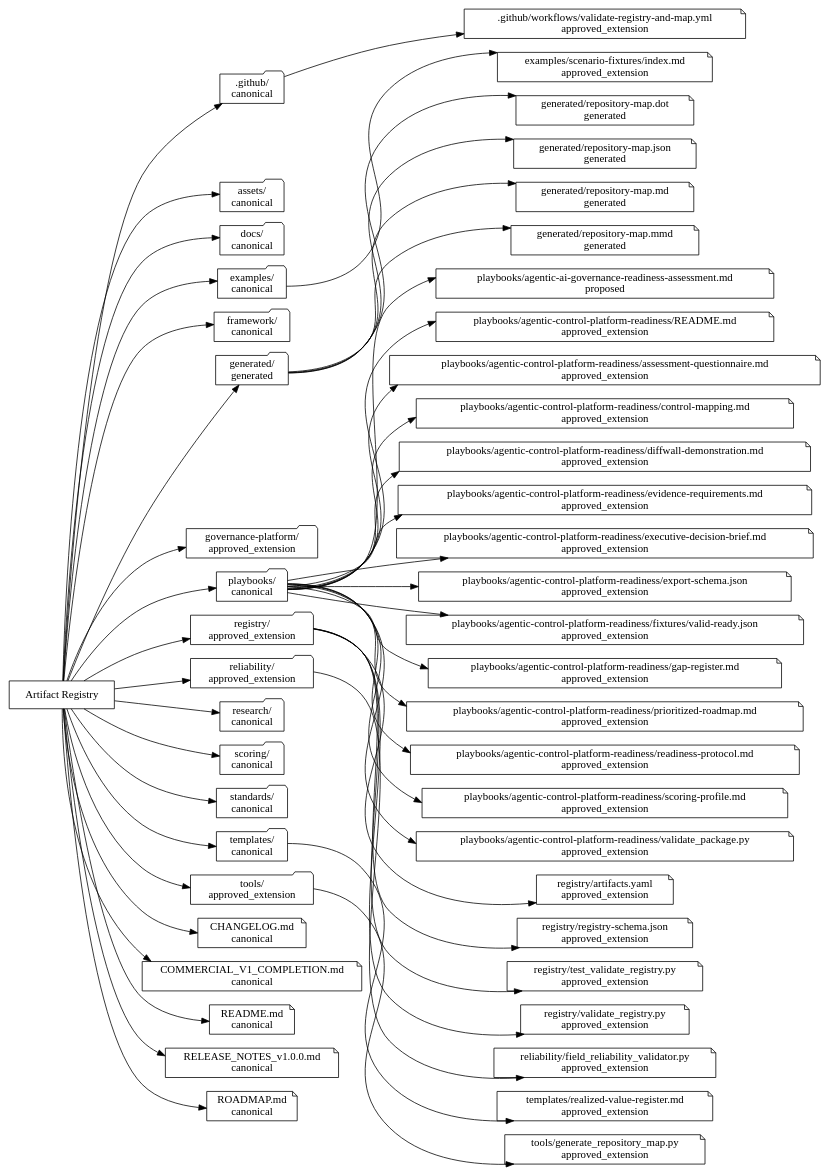
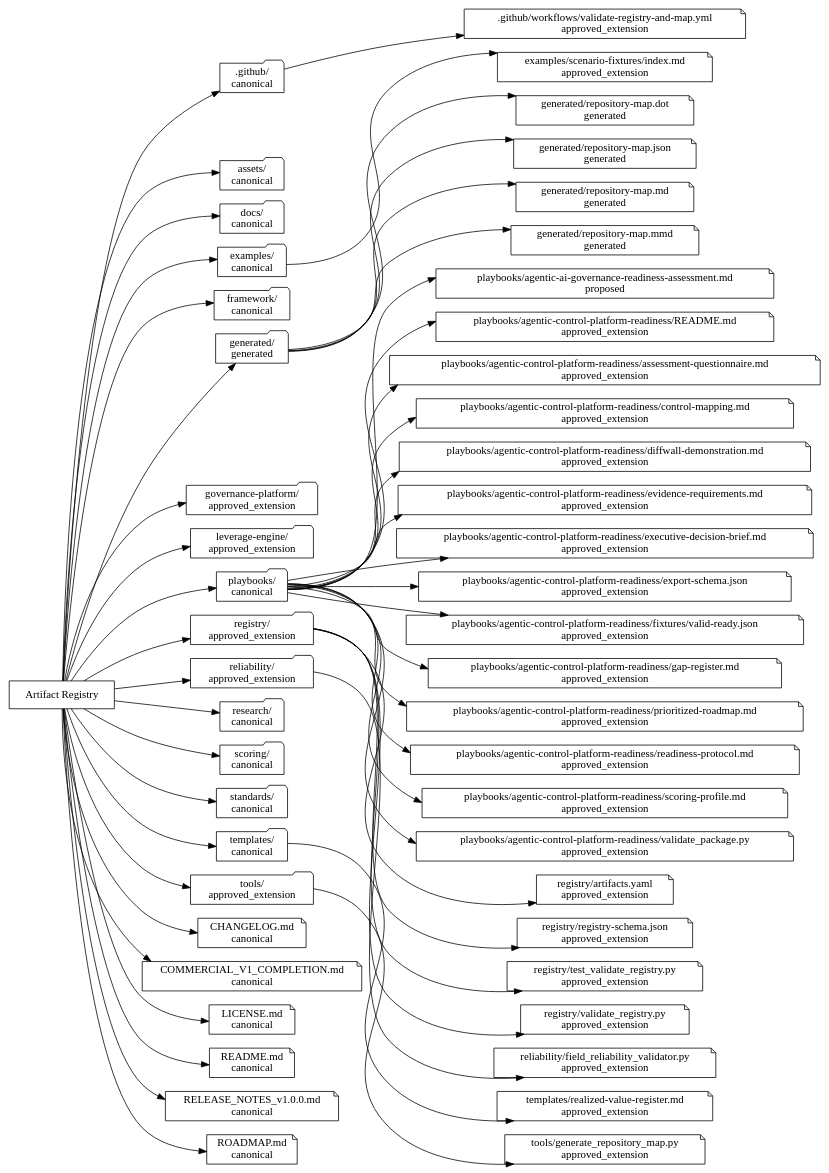
Before and after one commit to dburt-proex/operator-intelligence: the diagram in generated/repository-map.dot, drawn with Graphviz. The commit also changed 3 other files, not shown here.

Commit message:
regen: update stale repository map outputs

```diff
--- a/generated/repository-map.dot
+++ b/generated/repository-map.dot
@@ -1,98 +1,102 @@
 digraph OperatorIntelligence {
   rankdir="LR";
   registry [label="Artifact Registry", shape=box];
   root1 [label=".github/\ncanonical", shape=folder];
   registry -> root1;
   root2 [label="assets/\ncanonical", shape=folder];
   registry -> root2;
   root3 [label="docs/\ncanonical", shape=folder];
   registry -> root3;
   root4 [label="examples/\ncanonical", shape=folder];
   registry -> root4;
   root5 [label="framework/\ncanonical", shape=folder];
   registry -> root5;
   root6 [label="generated/\ngenerated", shape=folder];
   registry -> root6;
   root7 [label="governance-platform/\napproved_extension", shape=folder];
   registry -> root7;
-  root8 [label="playbooks/\ncanonical", shape=folder];
+  root8 [label="leverage-engine/\napproved_extension", shape=folder];
   registry -> root8;
-  root9 [label="registry/\napproved_extension", shape=folder];
+  root9 [label="playbooks/\ncanonical", shape=folder];
   registry -> root9;
-  root10 [label="reliability/\napproved_extension", shape=folder];
+  root10 [label="registry/\napproved_extension", shape=folder];
   registry -> root10;
-  root11 [label="research/\ncanonical", shape=folder];
+  root11 [label="reliability/\napproved_extension", shape=folder];
   registry -> root11;
-  root12 [label="scoring/\ncanonical", shape=folder];
+  root12 [label="research/\ncanonical", shape=folder];
   registry -> root12;
-  root13 [label="standards/\ncanonical", shape=folder];
+  root13 [label="scoring/\ncanonical", shape=folder];
   registry -> root13;
-  root14 [label="templates/\ncanonical", shape=folder];
+  root14 [label="standards/\ncanonical", shape=folder];
   registry -> root14;
-  root15 [label="tools/\napproved_extension", shape=folder];
+  root15 [label="templates/\ncanonical", shape=folder];
   registry -> root15;
+  root16 [label="tools/\napproved_extension", shape=folder];
+  registry -> root16;
   artifact1 [label=".github/workflows/validate-registry-and-map.yml\napproved_extension", shape=note];
   root1 -> artifact1;
   artifact2 [label="CHANGELOG.md\ncanonical", shape=note];
   registry -> artifact2;
   artifact3 [label="COMMERCIAL_V1_COMPLETION.md\ncanonical", shape=note];
   registry -> artifact3;
-  artifact4 [label="README.md\ncanonical", shape=note];
+  artifact4 [label="LICENSE.md\ncanonical", shape=note];
   registry -> artifact4;
-  artifact5 [label="RELEASE_NOTES_v1.0.0.md\ncanonical", shape=note];
+  artifact5 [label="README.md\ncanonical", shape=note];
   registry -> artifact5;
-  artifact6 [label="ROADMAP.md\ncanonical", shape=note];
+  artifact6 [label="RELEASE_NOTES_v1.0.0.md\ncanonical", shape=note];
   registry -> artifact6;
-  artifact7 [label="examples/scenario-fixtures/index.md\napproved_extension", shape=note];
-  root4 -> artifact7;
-  artifact8 [label="generated/repository-map.dot\ngenerated", shape=note];
-  root6 -> artifact8;
-  artifact9 [label="generated/repository-map.json\ngenerated", shape=note];
+  artifact7 [label="ROADMAP.md\ncanonical", shape=note];
+  registry -> artifact7;
+  artifact8 [label="examples/scenario-fixtures/index.md\napproved_extension", shape=note];
+  root4 -> artifact8;
+  artifact9 [label="generated/repository-map.dot\ngenerated", shape=note];
   root6 -> artifact9;
-  artifact10 [label="generated/repository-map.md\ngenerated", shape=note];
+  artifact10 [label="generated/repository-map.json\ngenerated", shape=note];
   root6 -> artifact10;
-  artifact11 [label="generated/repository-map.mmd\ngenerated", shape=note];
+  artifact11 [label="generated/repository-map.md\ngenerated", shape=note];
   root6 -> artifact11;
-  artifact12 [label="playbooks/agentic-ai-governance-readiness-assessment.md\nproposed", shape=note];
-  root8 -> artifact12;
-  artifact13 [label="playbooks/agentic-control-platform-readiness/README.md\napproved_extension", shape=note];
-  root8 -> artifact13;
-  artifact14 [label="playbooks/agentic-control-platform-readiness/assessment-questionnaire.md\napproved_extension", shape=note];
-  root8 -> artifact14;
-  artifact15 [label="playbooks/agentic-control-platform-readiness/control-mapping.md\napproved_extension", shape=note];
-  root8 -> artifact15;
-  artifact16 [label="playbooks/agentic-control-platform-readiness/diffwall-demonstration.md\napproved_extension", shape=note];
-  root8 -> artifact16;
-  artifact17 [label="playbooks/agentic-control-platform-readiness/evidence-requirements.md\napproved_extension", shape=note];
-  root8 -> artifact17;
-  artifact18 [label="playbooks/agentic-control-platform-readiness/executive-decision-brief.md\napproved_extension", shape=note];
-  root8 -> artifact18;
-  artifact19 [label="playbooks/agentic-control-platform-readiness/export-schema.json\napproved_extension", shape=note];
-  root8 -> artifact19;
-  artifact20 [label="playbooks/agentic-control-platform-readiness/fixtures/valid-ready.json\napproved_extension", shape=note];
-  root8 -> artifact20;
-  artifact21 [label="playbooks/agentic-control-platform-readiness/gap-register.md\napproved_extension", shape=note];
-  root8 -> artifact21;
-  artifact22 [label="playbooks/agentic-control-platform-readiness/prioritized-roadmap.md\napproved_extension", shape=note];
-  root8 -> artifact22;
-  artifact23 [label="playbooks/agentic-control-platform-readiness/readiness-protocol.md\napproved_extension", shape=note];
-  root8 -> artifact23;
-  artifact24 [label="playbooks/agentic-control-platform-readiness/scoring-profile.md\napproved_extension", shape=note];
-  root8 -> artifact24;
-  artifact25 [label="playbooks/agentic-control-platform-readiness/validate_package.py\napproved_extension", shape=note];
-  root8 -> artifact25;
-  artifact26 [label="registry/artifacts.yaml\napproved_extension", shape=note];
+  artifact12 [label="generated/repository-map.mmd\ngenerated", shape=note];
+  root6 -> artifact12;
+  artifact13 [label="playbooks/agentic-ai-governance-readiness-assessment.md\nproposed", shape=note];
+  root9 -> artifact13;
+  artifact14 [label="playbooks/agentic-control-platform-readiness/README.md\napproved_extension", shape=note];
+  root9 -> artifact14;
+  artifact15 [label="playbooks/agentic-control-platform-readiness/assessment-questionnaire.md\napproved_extension", shape=note];
+  root9 -> artifact15;
+  artifact16 [label="playbooks/agentic-control-platform-readiness/control-mapping.md\napproved_extension", shape=note];
+  root9 -> artifact16;
+  artifact17 [label="playbooks/agentic-control-platform-readiness/diffwall-demonstration.md\napproved_extension", shape=note];
+  root9 -> artifact17;
+  artifact18 [label="playbooks/agentic-control-platform-readiness/evidence-requirements.md\napproved_extension", shape=note];
+  root9 -> artifact18;
+  artifact19 [label="playbooks/agentic-control-platform-readiness/executive-decision-brief.md\napproved_extension", shape=note];
+  root9 -> artifact19;
+  artifact20 [label="playbooks/agentic-control-platform-readiness/export-schema.json\napproved_extension", shape=note];
+  root9 -> artifact20;
+  artifact21 [label="playbooks/agentic-control-platform-readiness/fixtures/valid-ready.json\napproved_extension", shape=note];
+  root9 -> artifact21;
+  artifact22 [label="playbooks/agentic-control-platform-readiness/gap-register.md\napproved_extension", shape=note];
+  root9 -> artifact22;
+  artifact23 [label="playbooks/agentic-control-platform-readiness/prioritized-roadmap.md\napproved_extension", shape=note];
+  root9 -> artifact23;
+  artifact24 [label="playbooks/agentic-control-platform-readiness/readiness-protocol.md\napproved_extension", shape=note];
+  root9 -> artifact24;
+  artifact25 [label="playbooks/agentic-control-platform-readiness/scoring-profile.md\napproved_extension", shape=note];
+  root9 -> artifact25;
+  artifact26 [label="playbooks/agentic-control-platform-readiness/validate_package.py\napproved_extension", shape=note];
   root9 -> artifact26;
-  artifact27 [label="registry/registry-schema.json\napproved_extension", shape=note];
-  root9 -> artifact27;
-  artifact28 [label="registry/test_validate_registry.py\napproved_extension", shape=note];
-  root9 -> artifact28;
-  artifact29 [label="registry/validate_registry.py\napproved_extension", shape=note];
-  root9 -> artifact29;
-  artifact30 [label="reliability/field_reliability_validator.py\napproved_extension", shape=note];
+  artifact27 [label="registry/artifacts.yaml\napproved_extension", shape=note];
+  root10 -> artifact27;
+  artifact28 [label="registry/registry-schema.json\napproved_extension", shape=note];
+  root10 -> artifact28;
+  artifact29 [label="registry/test_validate_registry.py\napproved_extension", shape=note];
+  root10 -> artifact29;
+  artifact30 [label="registry/validate_registry.py\napproved_extension", shape=note];
   root10 -> artifact30;
-  artifact31 [label="templates/realized-value-register.md\napproved_extension", shape=note];
-  root14 -> artifact31;
-  artifact32 [label="tools/generate_repository_map.py\napproved_extension", shape=note];
+  artifact31 [label="reliability/field_reliability_validator.py\napproved_extension", shape=note];
+  root11 -> artifact31;
+  artifact32 [label="templates/realized-value-register.md\napproved_extension", shape=note];
   root15 -> artifact32;
+  artifact33 [label="tools/generate_repository_map.py\napproved_extension", shape=note];
+  root16 -> artifact33;
 }
```
